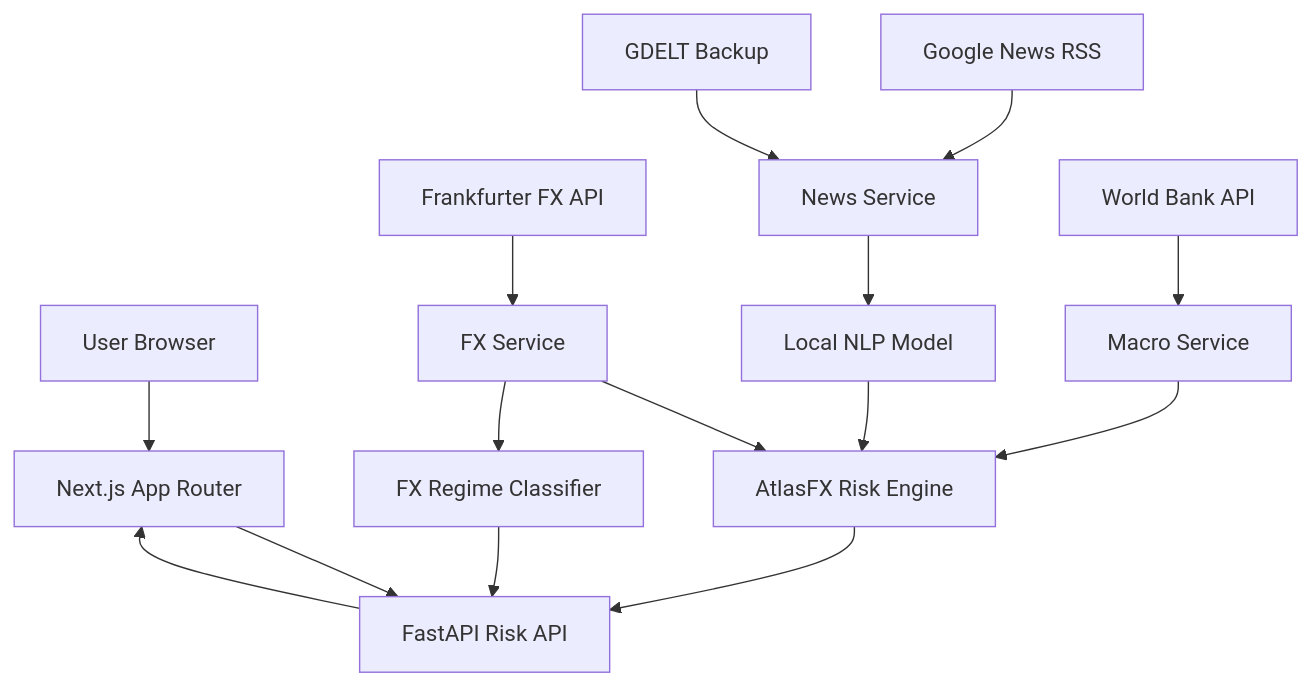
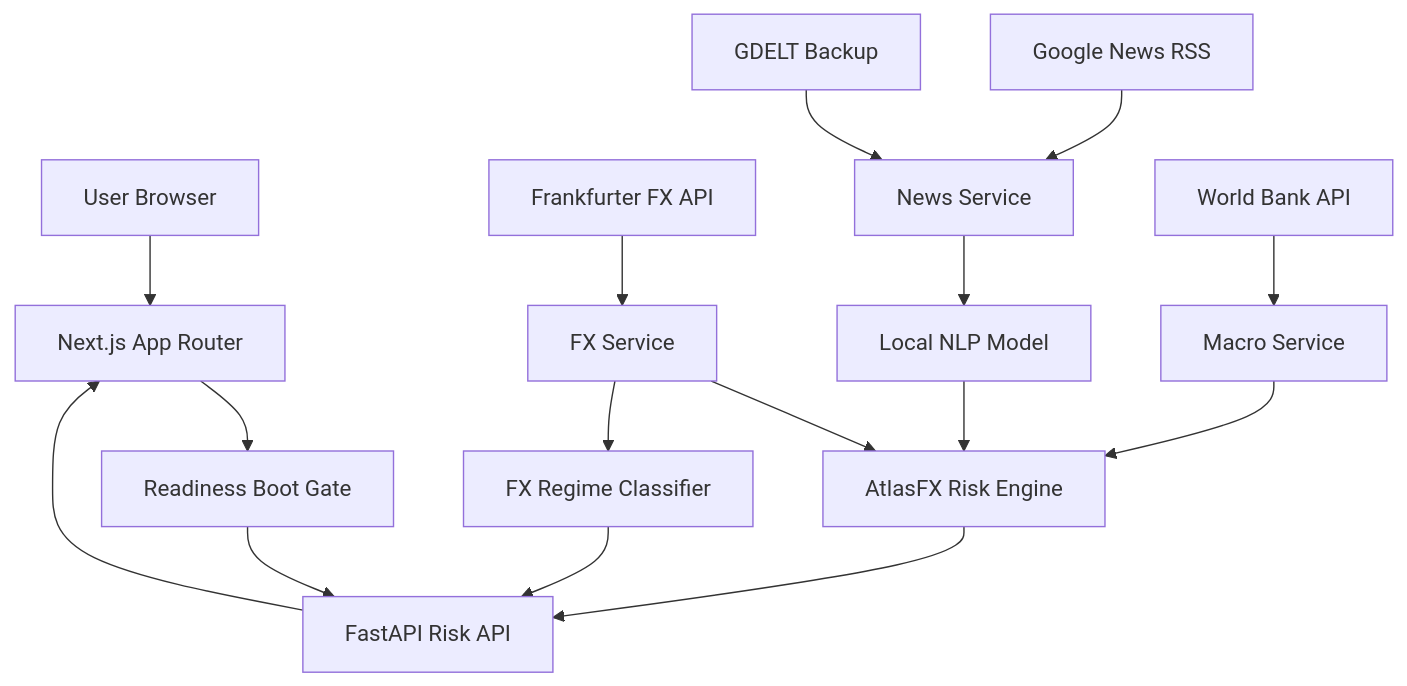
The diagram in docs/architecture.md (dhruvtoprani/atlasfx), drawn with Mermaid before and after one commit. The commit also changed other lines of this file and 18 other files, not shown here.

Commit message:
Add connector readiness loading gate

````diff
--- a/docs/architecture.md
+++ b/docs/architecture.md
@@ -9,20 +9,21 @@
 ```mermaid
 flowchart TD
   Browser[User Browser] --> Web[Next.js App Router]
-  Web --> RiskAPI[FastAPI Risk API]
+  Web --> BootGate[Readiness Boot Gate]
+  BootGate --> RiskAPI[FastAPI Risk API]
 
   Frankfurter[Frankfurter FX API] --> FXService[FX Service]
   GoogleRSS[Google News RSS] --> NewsService[News Service]
   GDELT[GDELT Backup] --> NewsService
   WorldBank[World Bank API] --> MacroService[Macro Service]
 
   FXService --> RiskEngine[AtlasFX Risk Engine]
   NewsService --> NLP[Local NLP Model]
   NLP --> RiskEngine
   MacroService --> RiskEngine
   FXService --> ML[FX Regime Classifier]
 
   RiskEngine --> RiskAPI
   ML --> RiskAPI
   RiskAPI --> Web
 ```
````
